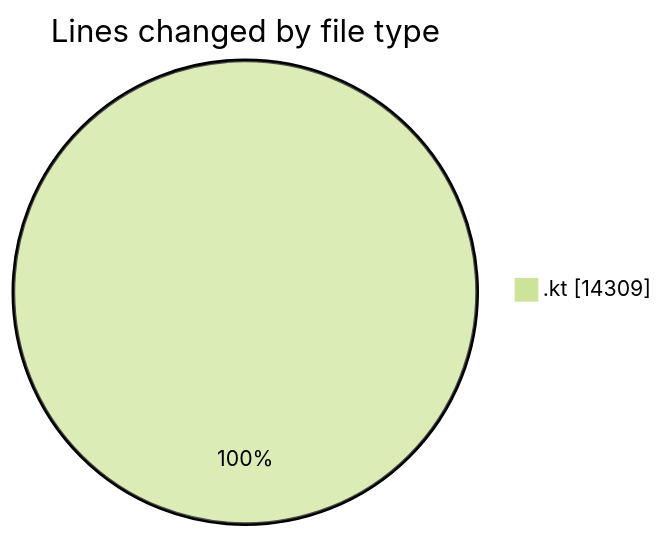
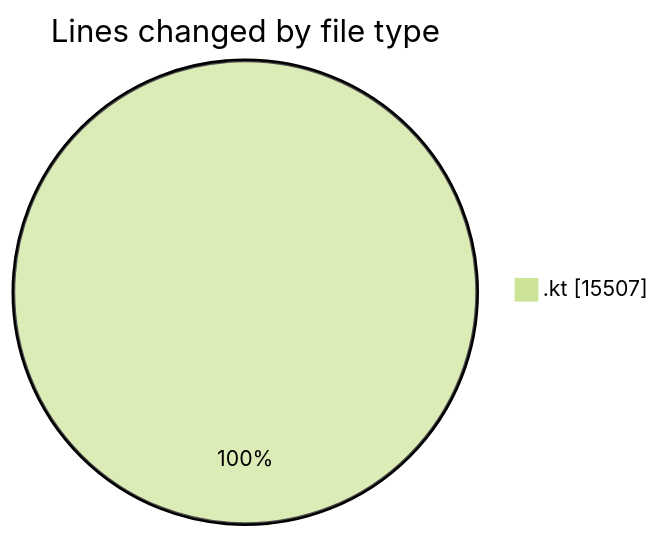
One commit to Unknowalive/code-tracking changed the first of 2 diagrams in 2026-04-08/t2s/README.md. Above: the diagram before and after it, drawn with Mermaid (forest theme). The commit also changed other lines of this file and 1 other file, not shown here.

````diff
--- a/2026-04-08/t2s/README.md
+++ b/2026-04-08/t2s/README.md
@@ -43,5 +51,5 @@
 ```mermaid
 pie showData
 title Lines changed by file type
-".kt" : 14309
+".kt" : 15507
 ```
````
